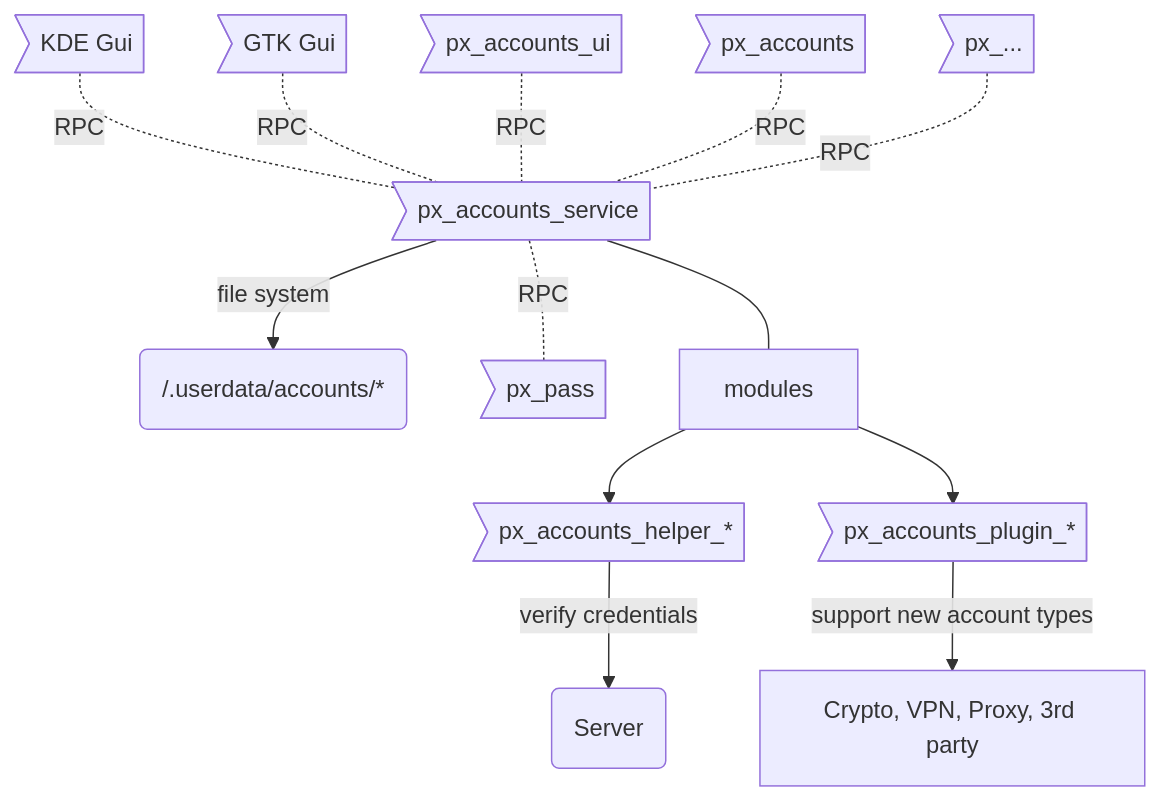
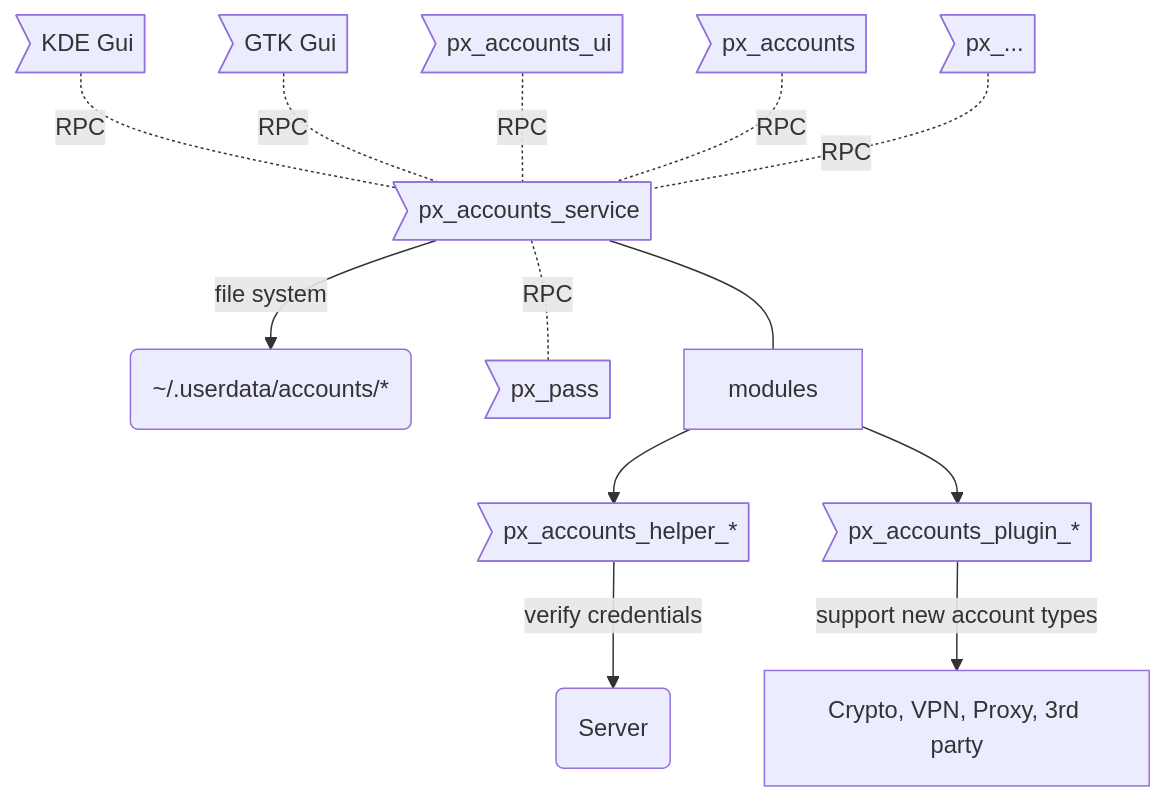
One commit to PantherXOS/px-accounts-service changed the diagram in README.md. Above: the diagram before and after it, drawn with Mermaid.

Commit message:
fix diagrams account storage path

````diff
--- a/README.md
+++ b/README.md
@@ -32,24 +32,24 @@
 ```mermaid
 graph TD
 SVC>px_accounts_service]
 CMD>px_accounts]
 GUI>px_accounts_ui]
-DB(/.userdata/accounts/*)
+DB(~/.userdata/accounts/*)
 PAS>px_pass]
 MOD[modules]
 HLP>px_accounts_helper_*]
 PLG>px_accounts_plugin_*]
 
 KDE>KDE Gui] -.- |RPC| SVC
 GTK>GTK Gui] -.- |RPC| SVC
 GUI -.- |RPC| SVC
 CMD -.- |RPC| SVC
 PXAPP>px_...] -.- |RPC| SVC
 SVC --- MOD
 SVC -.- |RPC| PAS
 MOD --> HLP
 MOD --> PLG
 SVC --> |file system| DB
 HLP --> |verify credentials| J(Server)
 PLG --> |support new account types| K[Crypto, VPN, Proxy, 3rd party]
 ```
````
